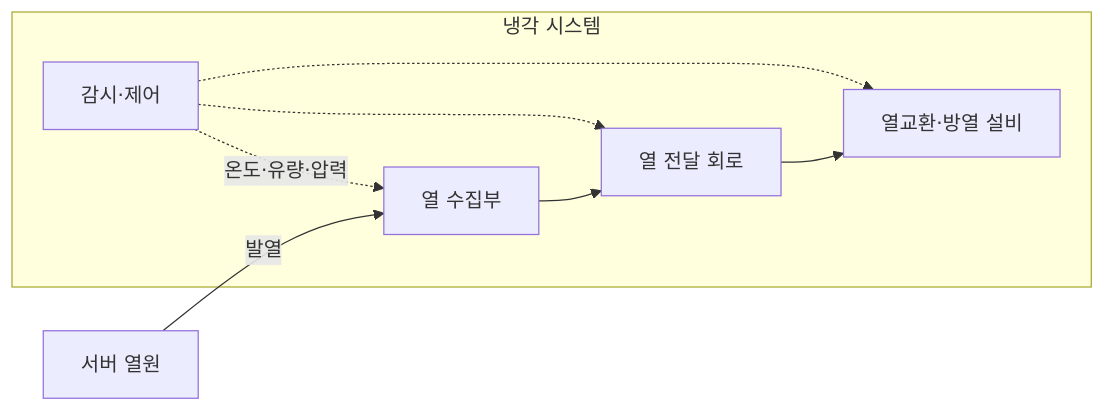
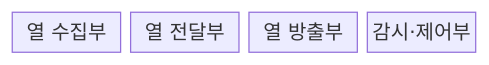
One commit to agnusdei1207/knowledge-base changed the first of 2 diagrams in src/content/docs/notes/02-hardware/057_cooling_system.md. Above: the diagram before and after it, drawn with Mermaid. The commit also changed other lines of this file and 20 other files, not shown here.

````diff
--- a/src/content/docs/notes/02-hardware/057_cooling_system.md
+++ b/src/content/docs/notes/02-hardware/057_cooling_system.md
@@ -69,12 +42,8 @@
 ```mermaid
-flowchart LR
-    H["서버 열원"]
-    subgraph SYS["냉각 시스템"]
-        C["열 수집부"] --> T["열 전달 회로"]
-        T --> X["열교환·방열 설비"]
-        M["감시·제어"] -. "온도·유량·압력" .-> C
-        M -.-> T
-        M -.-> X
-    end
-    H -->|"발열"| C
+block
+  columns 4
+  A["열 수집부"]
+  B["열 전달부"]
+  C["열 방출부"]
+  D["감시·제어부"]
 ```
````
